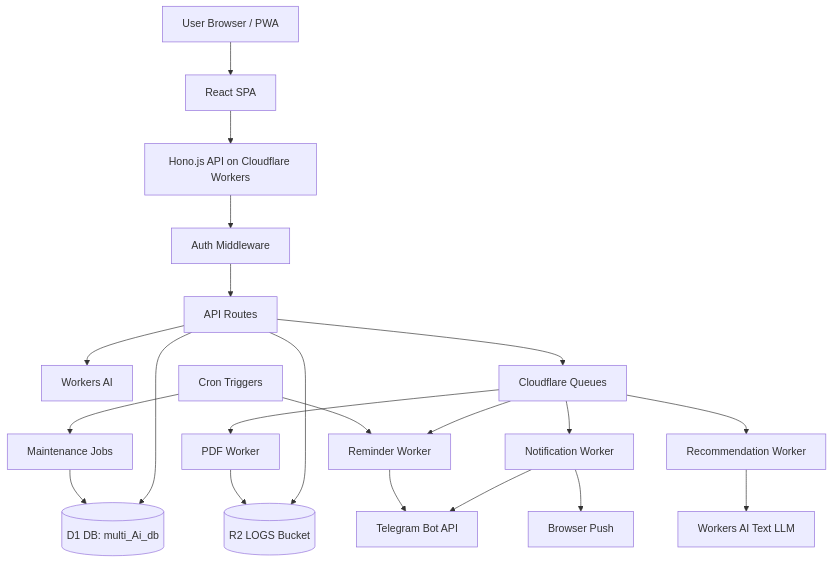
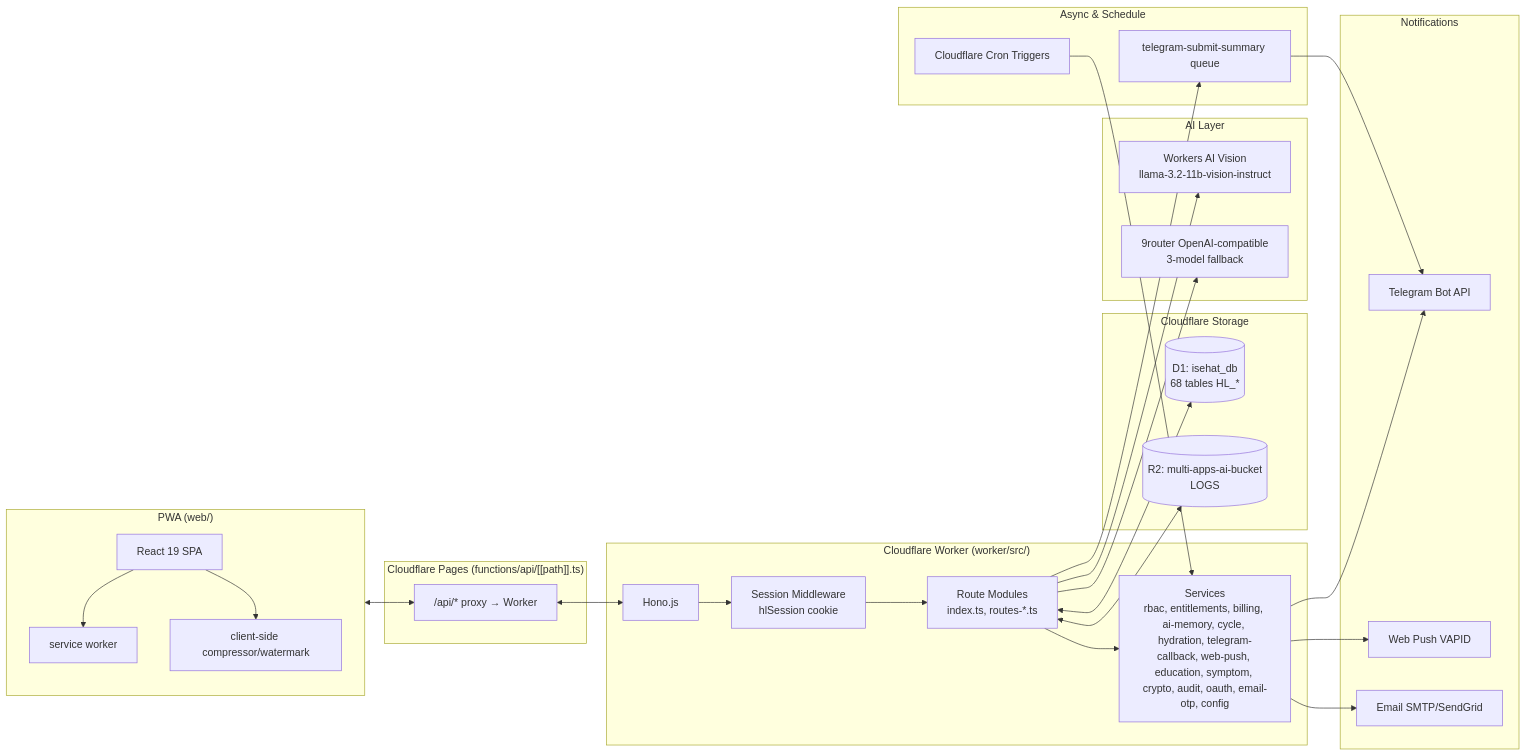
One commit to jhonnicollas/health changed the first of 4 diagrams in docs/04-ARCHITECTURE.md. Above: the diagram before and after it, drawn with Mermaid. The commit also changed other lines of this file and 10 other files, not shown here.

````diff
--- a/docs/04-ARCHITECTURE.md
+++ b/docs/04-ARCHITECTURE.md
@@ -145,28 +148,56 @@
 ```mermaid
-flowchart TD
-  User[User Browser / PWA] --> Frontend[React SPA]
-  Frontend --> Hono[Hono.js API on Cloudflare Workers]
+flowchart LR
+  subgraph Client["PWA (web/)"]
+    UI[React 19 SPA]
+    SW[service worker]
+    OCR[client-side compressor/watermark]
+    UI --> SW
+    UI --> OCR
+  end
 
-  Hono --> Auth[Auth Middleware]
-  Auth --> Routes[API Routes]
+  subgraph Pages["Cloudflare Pages (functions/api/[[path]].ts)"]
+    Proxy["/api/* proxy → Worker"]
+  end
 
-  Routes --> D1[(D1 DB: multi_Ai_db)]
-  Routes --> R2[(R2 LOGS Bucket)]
-  Routes --> AI[Workers AI]
-  Routes --> Queues[Cloudflare Queues]
+  subgraph Worker["Cloudflare Worker (worker/src/)"]
+    Hono[Hono.js]
+    AuthMW[Session Middleware<br/>hlSession cookie]
+    Routes[Route Modules<br/>index.ts, routes-*.ts]
+    Svc[Services<br/>rbac, entitlements, billing, ai-memory, cycle, hydration, telegram-callback, web-push, education, symptom, crypto, audit, oauth, email-otp, config]
+    Hono --> AuthMW --> Routes --> Svc
+  end
 
-  Queues --> NotifyWorker[Notification Worker]
-  Queues --> RecWorker[Recommendation Worker]
-  Queues --> PdfWorker[PDF Worker]
-  Queues --> ReminderWorker[Reminder Worker]
+  subgraph Data["Cloudflare Storage"]
+    D1[(D1: isehat_db<br/>68 tables HL_*)]
+    R2[(R2: multi-apps-ai-bucket<br/>LOGS)]
+  end
 
-  NotifyWorker --> Telegram[Telegram Bot API]
-  NotifyWorker --> BrowserPush[Browser Push]
-  RecWorker --> AIText[Workers AI Text LLM]
-  PdfWorker --> R2
-  ReminderWorker --> Telegram
+  subgraph AI["AI Layer"]
+    WAI[Workers AI Vision<br/>llama-3.2-11b-vision-instruct]
+    TextAI[9router OpenAI-compatible<br/>3-model fallback]
+  end
 
-  Cron[Cron Triggers] --> ReminderWorker
-  Cron --> MaintenanceWorker[Maintenance Jobs]
-  MaintenanceWorker --> D1
+  subgraph Outbound["Notifications"]
+    TG[Telegram Bot API]
+    Push[Web Push VAPID]
+    Email[Email SMTP/SendGrid]
+  end
+
+  subgraph Async["Async & Schedule"]
+    Queue[telegram-submit-summary queue]
+    Cron[Cloudflare Cron Triggers]
+  end
+
+  Client <--> Proxy
+  Proxy <--> Hono
+  Routes <--> D1
+  Routes <--> R2
+  Routes --> WAI
+  Routes --> TextAI
+  Routes --> Queue
+  Queue --> TG
+  Svc --> TG
+  Svc --> Push
+  Svc --> Email
+  Cron --> Svc
 ```
````
